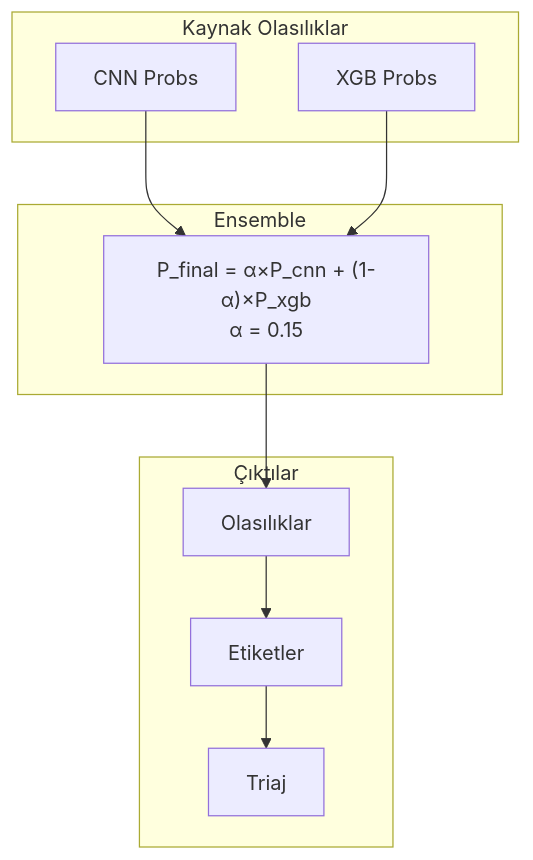
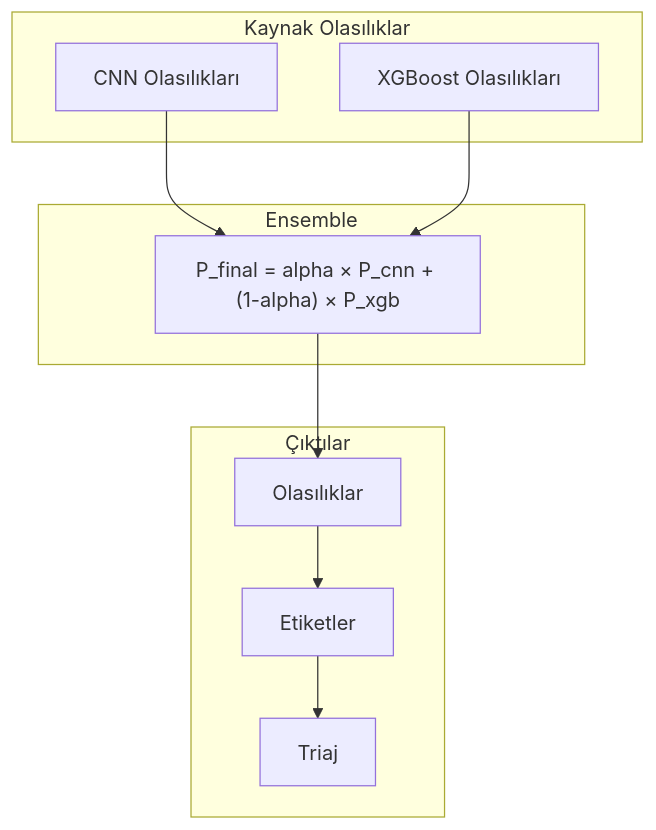
One commit to mUsaulug/CardioGuard-AI changed the fourth of 5 diagrams in docs/diagrams/04_erd_diagram.md. Above: the diagram before and after it, drawn with Mermaid. The commit also changed other lines of this file and 5 other files, not shown here.

````diff
--- a/docs/diagrams/04_erd_diagram.md
+++ b/docs/diagrams/04_erd_diagram.md
@@ -310,19 +327,21 @@
 ```mermaid
 graph TB
-    subgraph Sources["Kaynak Olasılıklar"]
-        CNN["CNN Probs"]
-        XGB["XGB Probs"]
+    subgraph Kaynaklar["Kaynak Olasılıklar"]
+        CNN["CNN Olasılıkları"]
+        XGB["XGBoost Olasılıkları"]
     end
     
-    subgraph Ensemble["Ensemble"]
-        ENS["P_final = α×P_cnn + (1-α)×P_xgb<br/>α = 0.15"]
+    subgraph Ensemble
+        ENS["P_final = alpha × P_cnn + (1-alpha) × P_xgb"]
     end
     
-    subgraph Output["Çıktılar"]
+    subgraph Cikti["Çıktılar"]
         PROBS["Olasılıklar"]
         LABELS["Etiketler"]
         TRIAGE["Triaj"]
     end
     
-    CNN & XGB --> ENS --> PROBS --> LABELS --> TRIAGE
+    CNN --> ENS
+    XGB --> ENS
+    ENS --> PROBS --> LABELS --> TRIAGE
 ```
````
